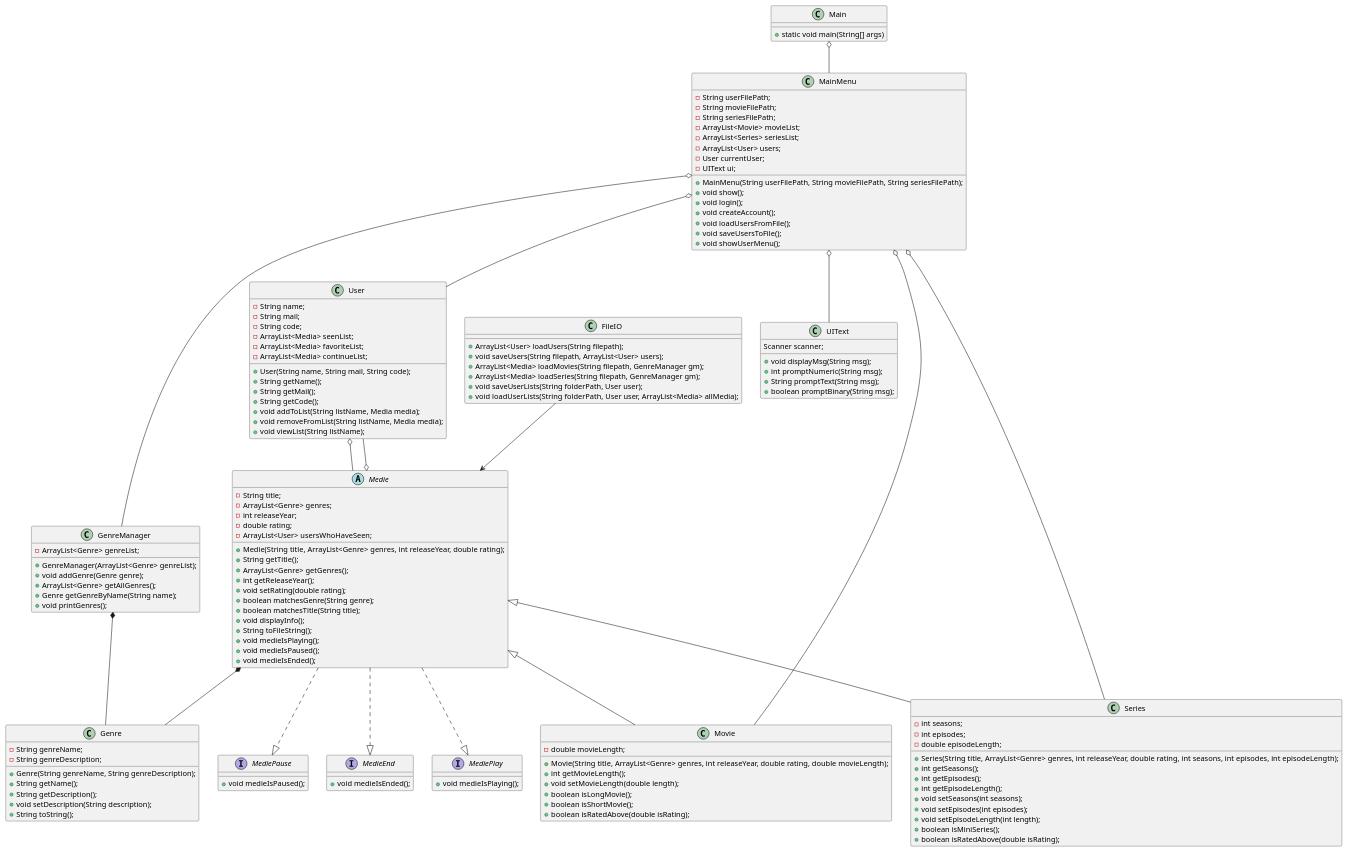
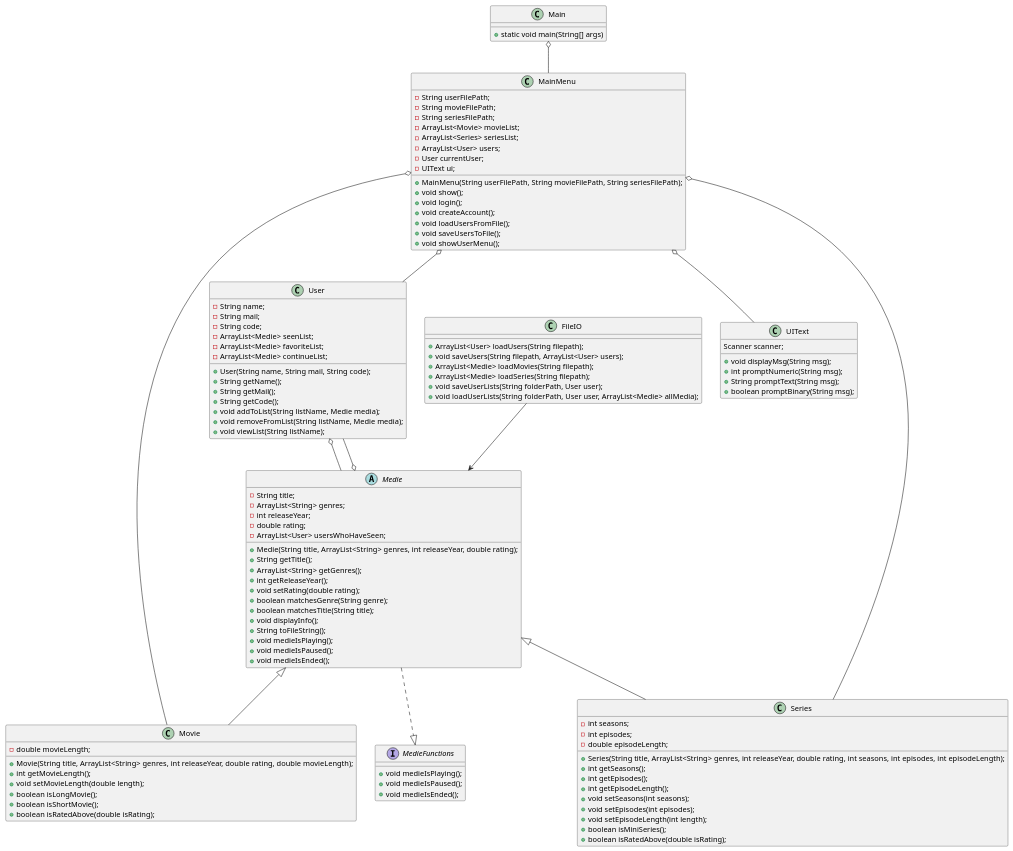
The diagram in doc/classdiagram_v1.puml (KhattabE/SP3), drawn with PlantUML before and after one commit. The commit also changed 8 other files, not shown here.

Commit message:
Updated the whole class diagram, since we decided on deleting the gerne and genremanager class, so we needed to refactore a big part of the code

```diff
--- a/doc/classdiagram_v1.puml
+++ b/doc/classdiagram_v1.puml
@@ -1,169 +1,130 @@
 @startuml
 'https://plantuml.com/class-diagram
 
 class Main{
     +static void main(String[] args)
 }
-
-
 
 class MainMenu {
     -String userFilePath;
     -String movieFilePath;
     -String seriesFilePath;
     + MainMenu(String userFilePath, String movieFilePath, String seriesFilePath);
     -ArrayList<Movie> movieList;
     -ArrayList<Series> seriesList;
     -ArrayList<User> users;
     -User currentUser;
     -UIText ui;
 
     +void show();
     +void login();
     +void createAccount();
     +void loadUsersFromFile();
     +void saveUsersToFile();
     +void showUserMenu();
 }
 
 class UIText {
-        Scanner scanner;
-        +void displayMsg(String msg);
-        +int promptNumeric(String msg);
-        +String promptText(String msg);
-        +boolean promptBinary(String msg);
+    Scanner scanner;
+    +void displayMsg(String msg);
+    +int promptNumeric(String msg);
+    +String promptText(String msg);
+    +boolean promptBinary(String msg);
 }
 
 class FileIO {
     +ArrayList<User> loadUsers(String filepath);
     +void saveUsers(String filepath, ArrayList<User> users);
-    +ArrayList<Media> loadMovies(String filepath, GenreManager gm);
-    +ArrayList<Media> loadSeries(String filepath, GenreManager gm);
+    +ArrayList<Medie> loadMovies(String filepath);
+    +ArrayList<Medie> loadSeries(String filepath);
     +void saveUserLists(String folderPath, User user);
-    +void loadUserLists(String folderPath, User user, ArrayList<Media> allMedia);
+    +void loadUserLists(String folderPath, User user, ArrayList<Medie> allMedia);
 }
 
-interface MediePlay {
+interface MedieFunctions {
     +void medieIsPlaying();
-}
-
-interface MediePause {
     +void medieIsPaused();
-}
-
-interface MedieEnd {
     +void medieIsEnded();
 }
 
 abstract class Medie {
     -String title;
-    -ArrayList<Genre> genres;
+    -ArrayList<String> genres;
     -int releaseYear;
     -double rating;
     -ArrayList<User> usersWhoHaveSeen;
 
-    +Medie(String title, ArrayList<Genre> genres, int releaseYear, double rating);
+    +Medie(String title, ArrayList<String> genres, int releaseYear, double rating);
     +String getTitle();
-    +ArrayList<Genre> getGenres();
+    +ArrayList<String> getGenres();
     +int getReleaseYear();
     +void setRating(double rating);
     +boolean matchesGenre(String genre);
     +boolean matchesTitle(String title);
     +void displayInfo();
     +String toFileString();
     +void medieIsPlaying();
     +void medieIsPaused();
     +void medieIsEnded();
 }
+
 class Movie {
     -double movieLength;
 
-    +Movie(String title, ArrayList<Genre> genres, int releaseYear, double rating, double movieLength);
+    +Movie(String title, ArrayList<String> genres, int releaseYear, double rating, double movieLength);
     +int getMovieLength();
     +void setMovieLength(double length);
     +boolean isLongMovie();
     +boolean isShortMovie();
     +boolean isRatedAbove(double isRating);
 }
 
 class Series {
     -int seasons;
     -int episodes;
     -double episodeLength;
-    +Series(String title, ArrayList<Genre> genres, int releaseYear, double rating, int seasons, int episodes, int episodeLength);
+    +Series(String title, ArrayList<String> genres, int releaseYear, double rating, int seasons, int episodes, int episodeLength);
     +int getSeasons();
     +int getEpisodes();
     +int getEpisodeLength();
     +void setSeasons(int seasons);
     +void setEpisodes(int episodes);
     +void setEpisodeLength(int length);
     +boolean isMiniSeries();
     +boolean isRatedAbove(double isRating);
 }
 
 class User {
     -String name;
     -String mail;
     -String code;
-    -ArrayList<Media> seenList;
-    -ArrayList<Media> favoriteList;
-    -ArrayList<Media> continueList;
+    -ArrayList<Medie> seenList;
+    -ArrayList<Medie> favoriteList;
+    -ArrayList<Medie> continueList;
     +User(String name, String mail, String code);
     +String getName();
     +String getMail();
     +String getCode();
-    +void addToList(String listName, Media media);
-    +void removeFromList(String listName, Media media);
+    +void addToList(String listName, Medie media);
+    +void removeFromList(String listName, Medie media);
     +void viewList(String listName);
-}
-
-class Genre {
-    -String genreName;
-    -String genreDescription;
-    +Genre(String genreName, String genreDescription);
-    +String getName();
-    +String getDescription();
-    +void setDescription(String description);
-    +String toString();
-}
-
-class GenreManager {
-    -ArrayList<Genre> genreList;
-    +GenreManager(ArrayList<Genre> genreList);
-    +void addGenre(Genre genre);
-    +ArrayList<Genre> getAllGenres();
-    +Genre getGenreByName(String name);
-    +void printGenres();
 }
 
 ' IS-A relationships
 Medie <|-- Movie
 Medie <|-- Series
-
-Medie ..|> MediePlay
-Medie ..|> MediePause
-Medie ..|> MedieEnd
-
-
-
-
+Medie ..|> MedieFunctions
 
 ' HAS-A relationships
 MainMenu o-- User
 MainMenu o-- UIText
 MainMenu o-- Movie
 MainMenu o-- Series
-MainMenu o-- GenreManager
 
 User o-- Medie
-Medie *-- Genre
 Medie o-- User
-
-GenreManager *-- Genre
 
 FileIO --> Medie
 Main o-- MainMenu
 
-
-
 @enduml
```
